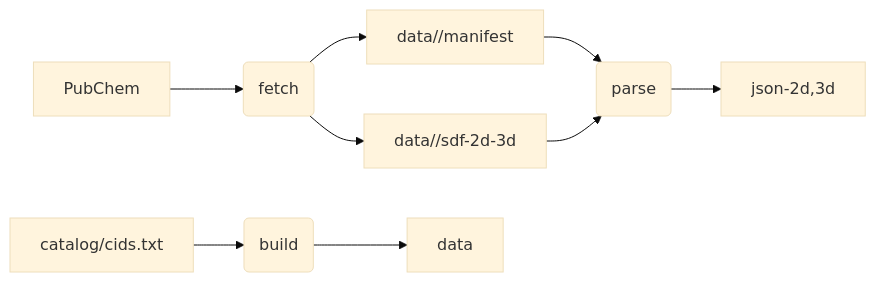
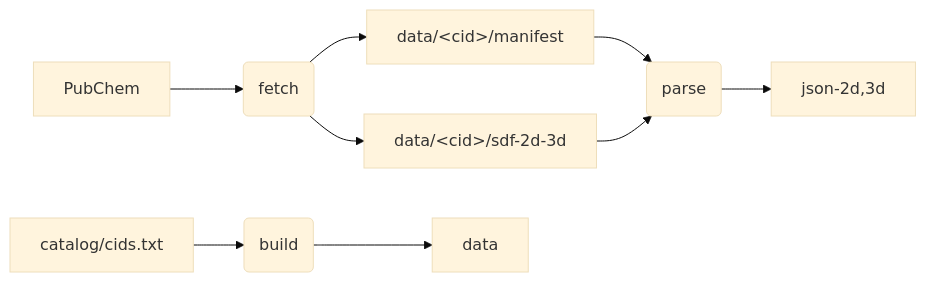
Before and after one commit to garnero-labs/MolDepot: the diagram in readme.md, drawn with Mermaid (base theme).

Commit message:
Mermeid typo(2).

````diff
--- a/readme.md
+++ b/readme.md
@@ -34,11 +34,11 @@
 ```mermaid
 graph LR
 A[PubChem] --> C(fetch)
-C --> M["data/<cid>/manifest"]
-C --> S["data/<cid>/sdf-2d-3d"]
+C --> M["data/&lt;cid&gt;/manifest"]
+C --> S["data/&lt;cid&gt;/sdf-2d-3d"]
 M --> P(parse)
 S --> P
 P --> J[json-2d,3d]
 T[catalog/cids.txt] --> B(build)
 B --> D[data]
 ```
````
